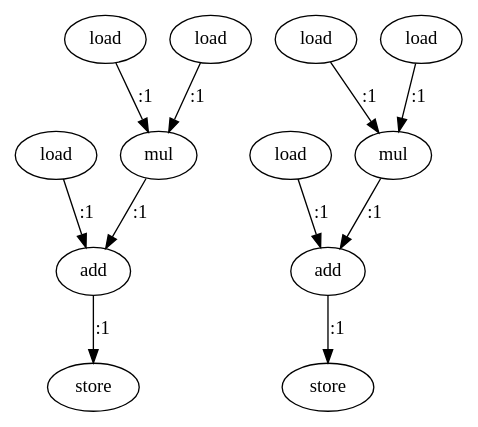
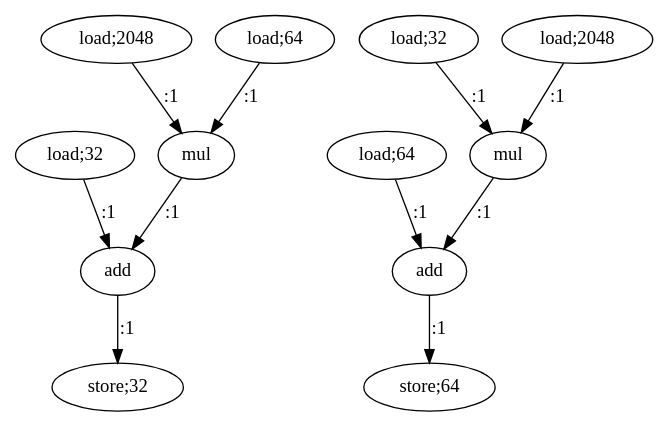
Before and after one commit to nikhilsambhus/MASc-graphDots: the diagram in bicg1.dot, drawn with Graphviz. The commit also changed 51 other files, not shown here.

```diff
--- a/bicg1.dot
+++ b/bicg1.dot
@@ -1,25 +1,25 @@
 digraph  {
-   0 [label="store"];
-   1 [label="load"];
-   2 [label="load"];
-   3 [label="load"];
+   0 [label="store;32"];
+   1 [label="load;64"];
+   2 [label="load;32"];
+   3 [label="load;2048"];
    4 [label="mul"];
    5 [label="add"];
-   6 [label="store"];
-   7 [label="load"];
-   8 [label="load"];
-   9 [label="load"];
+   6 [label="store;64"];
+   7 [label="load;32"];
+   8 [label="load;2048"];
+   9 [label="load;64"];
    10 [label="mul"];
    11 [label="add"];
 
    1->5 [label=":1"]
    2->4 [label=":1"]
    3->4 [label=":1"]
    4->5 [label=":1"]
    5->6 [label=":1"]
    7->11 [label=":1"]
    8->10 [label=":1"]
    9->10 [label=":1"]
    10->11 [label=":1"]
    11->0 [label=":1"]
 }
```
